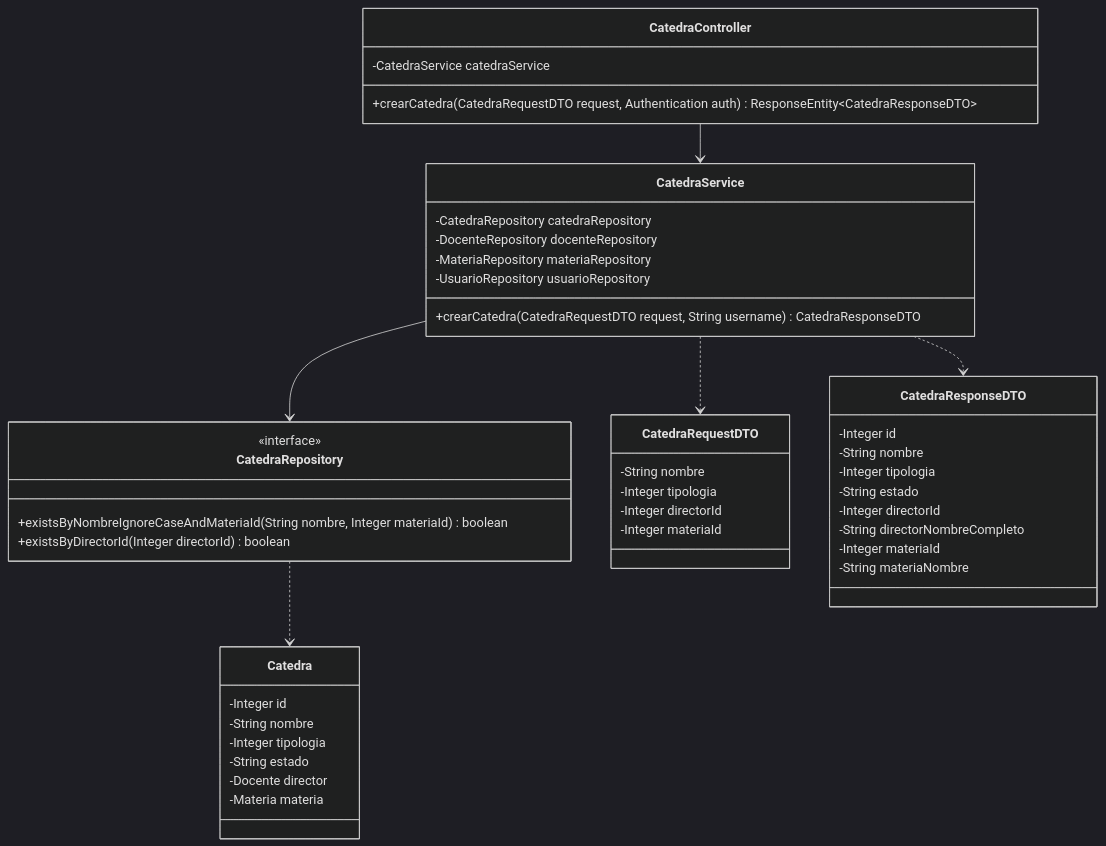
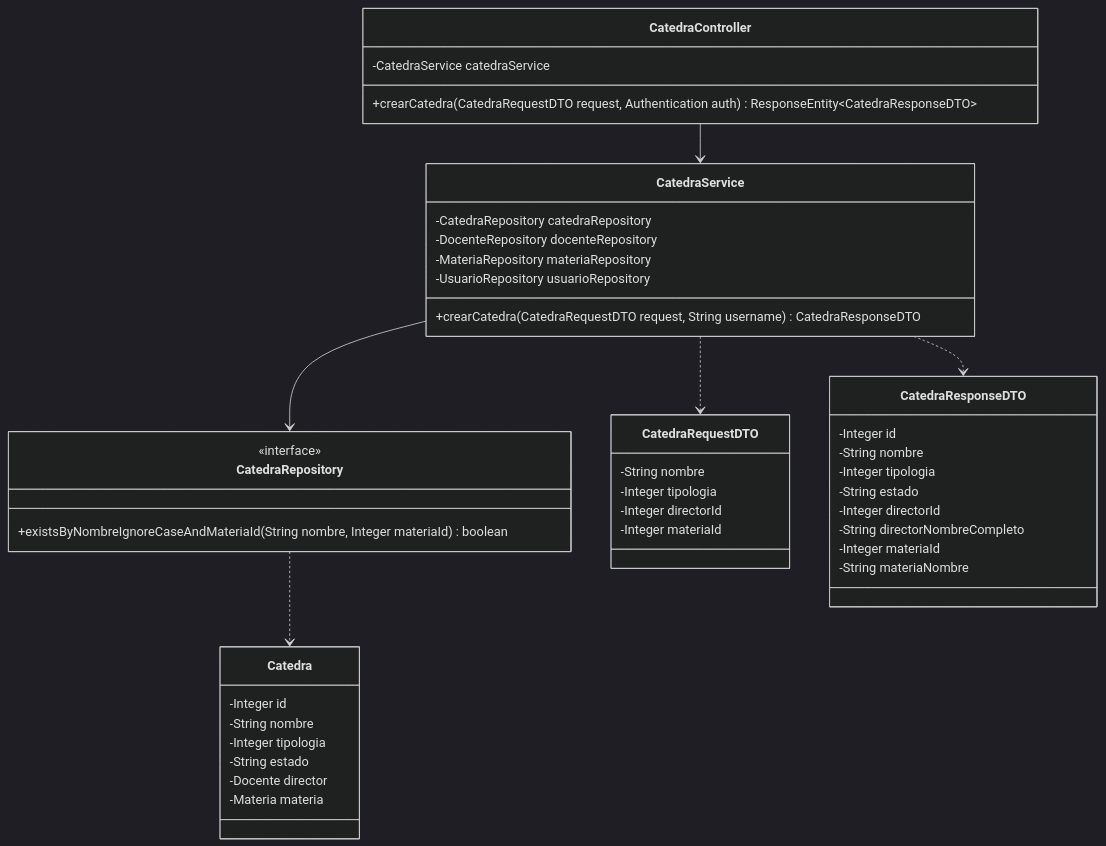
One commit to Melissa-Ann-Giuliani/atlas-backend changed the second of 3 diagrams in .tasks/RF-21/solution-diagrams.md. Above: the diagram before and after it, drawn with Mermaid (dark theme). The commit also changed other lines of this file and 3 other files, not shown here.

````diff
--- a/.tasks/RF-21/solution-diagrams.md
+++ b/.tasks/RF-21/solution-diagrams.md
@@ -80,54 +76,53 @@
 ```mermaid
 classDiagram
     class CatedraController {
         -CatedraService catedraService
         +crearCatedra(CatedraRequestDTO request, Authentication auth) ResponseEntity~CatedraResponseDTO~
     }
 
     class CatedraService {
         -CatedraRepository catedraRepository
         -DocenteRepository docenteRepository
         -MateriaRepository materiaRepository
         -UsuarioRepository usuarioRepository
         +crearCatedra(CatedraRequestDTO request, String username) CatedraResponseDTO
     }
 
     class CatedraRepository {
         <<interface>>
         +existsByNombreIgnoreCaseAndMateriaId(String nombre, Integer materiaId) boolean
-        +existsByDirectorId(Integer directorId) boolean
     }
 
     class Catedra {
         -Integer id
         -String nombre
         -Integer tipologia
         -String estado
         -Docente director
         -Materia materia
     }
 
     class CatedraRequestDTO {
         -String nombre
         -Integer tipologia
         -Integer directorId
         -Integer materiaId
     }
 
     class CatedraResponseDTO {
         -Integer id
         -String nombre
         -Integer tipologia
         -String estado
         -Integer directorId
         -String directorNombreCompleto
         -Integer materiaId
         -String materiaNombre
     }
 
     CatedraController --> CatedraService
     CatedraService --> CatedraRepository
     CatedraService ..> CatedraRequestDTO
     CatedraService ..> CatedraResponseDTO
     CatedraRepository ..> Catedra
 ```
````
